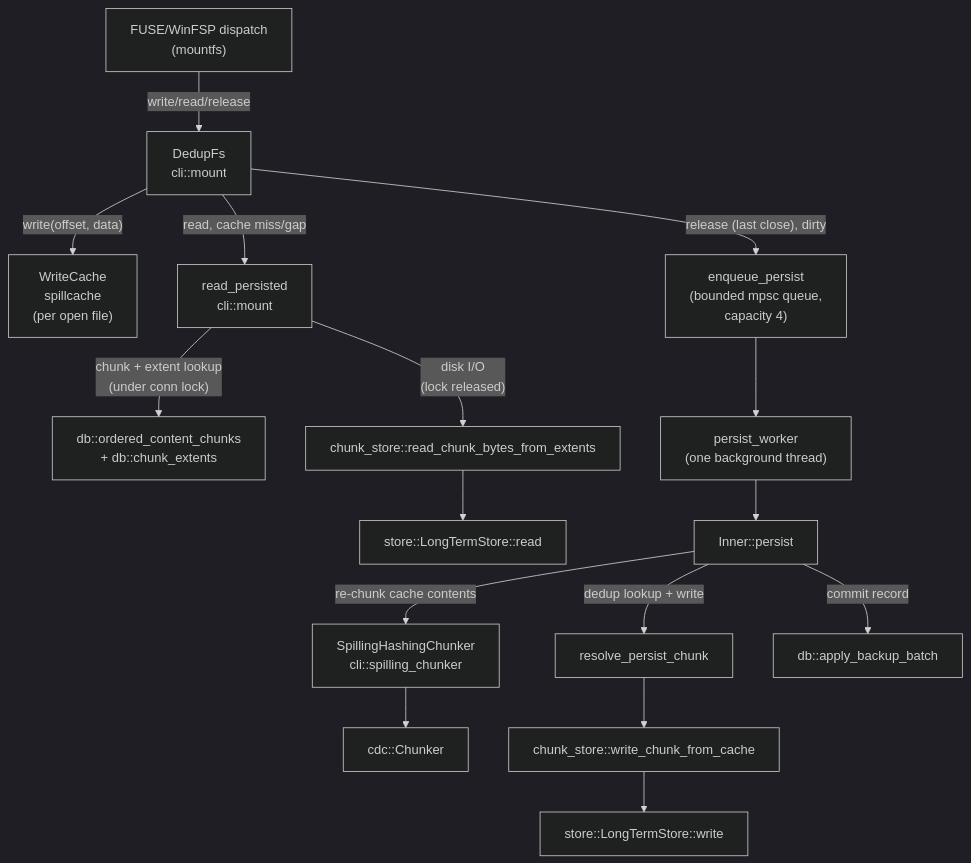
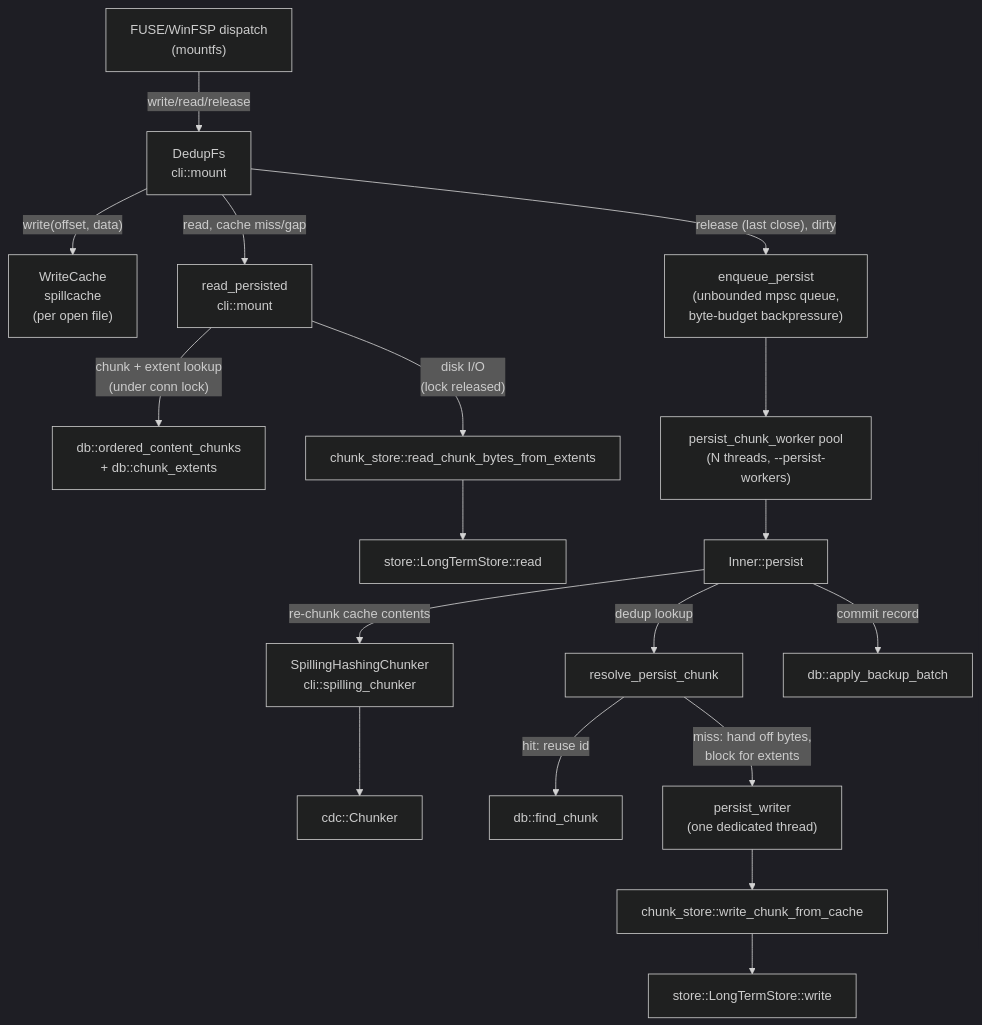
One commit to gdiet/backup changed the fourth of 4 diagrams in docs/architecture.md. Above: the diagram before and after it, drawn with Mermaid (dark theme). The commit also changed other lines of this file and 2 other files, not shown here.

First line of the commit message:
docs: document the shipped mount persist pool, add --persist-workers to README

````diff
--- a/docs/architecture.md
+++ b/docs/architecture.md
@@ -144,18 +144,20 @@
 ```mermaid
 flowchart TD
     FS["FUSE/WinFSP dispatch\n(mountfs)"] -->|write/read/release| DFS["DedupFs\ncli::mount"]
     DFS -->|"write(offset, data)"| WC["WriteCache\nspillcache\n(per open file)"]
     DFS -->|read, cache miss/gap| RP["read_persisted\ncli::mount"]
     RP -->|"chunk + extent lookup\n(under conn lock)"| DB2["db::ordered_content_chunks\n+ db::chunk_extents"]
     RP -->|"disk I/O\n(lock released)"| CB["chunk_store::read_chunk_bytes_from_extents"]
     CB --> ST1["store::LongTermStore::read"]
-    DFS -->|"release (last close), dirty"| EQ["enqueue_persist\n(bounded mpsc queue,\ncapacity 4)"]
-    EQ --> PW["persist_worker\n(one background thread)"]
-    PW --> P["Inner::persist"]
+    DFS -->|"release (last close), dirty"| EQ["enqueue_persist\n(unbounded mpsc queue,\nbyte-budget backpressure)"]
+    EQ --> PCW["persist_chunk_worker pool\n(N threads, --persist-workers)"]
+    PCW --> P["Inner::persist"]
     P -->|re-chunk cache contents| SC["SpillingHashingChunker\ncli::spilling_chunker"]
     SC --> CDC["cdc::Chunker"]
-    P -->|dedup lookup + write| RPC["resolve_persist_chunk"]
-    RPC --> CS["chunk_store::write_chunk_from_cache"]
+    P -->|dedup lookup| RPC["resolve_persist_chunk"]
+    RPC -->|"hit: reuse id"| DB3["db::find_chunk"]
+    RPC -->|"miss: hand off bytes,\nblock for extents"| PW["persist_writer\n(one dedicated thread)"]
+    PW --> CS["chunk_store::write_chunk_from_cache"]
     CS --> ST2["store::LongTermStore::write"]
     P -->|commit record| DB["db::apply_backup_batch"]
 ```
````
